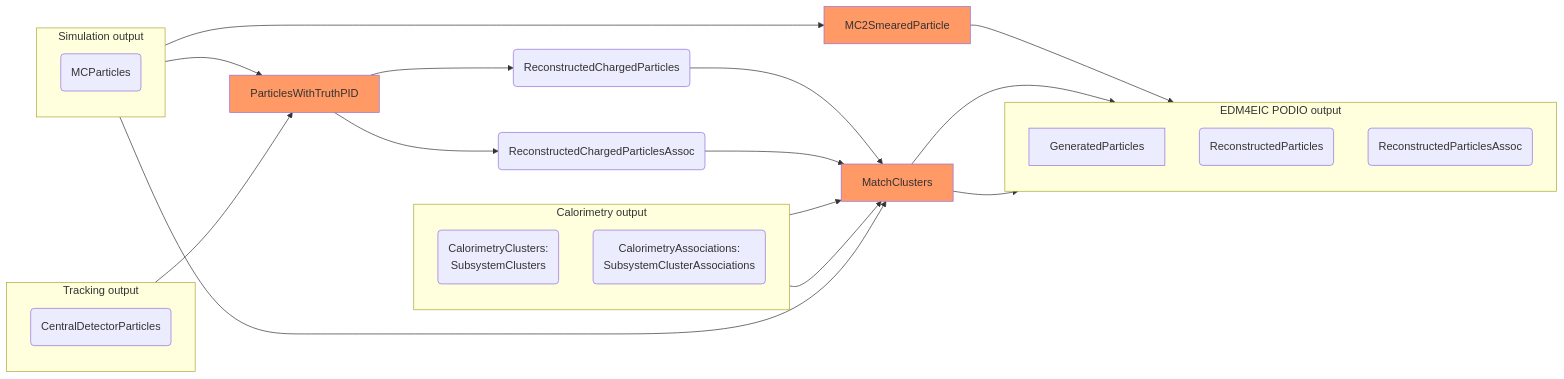
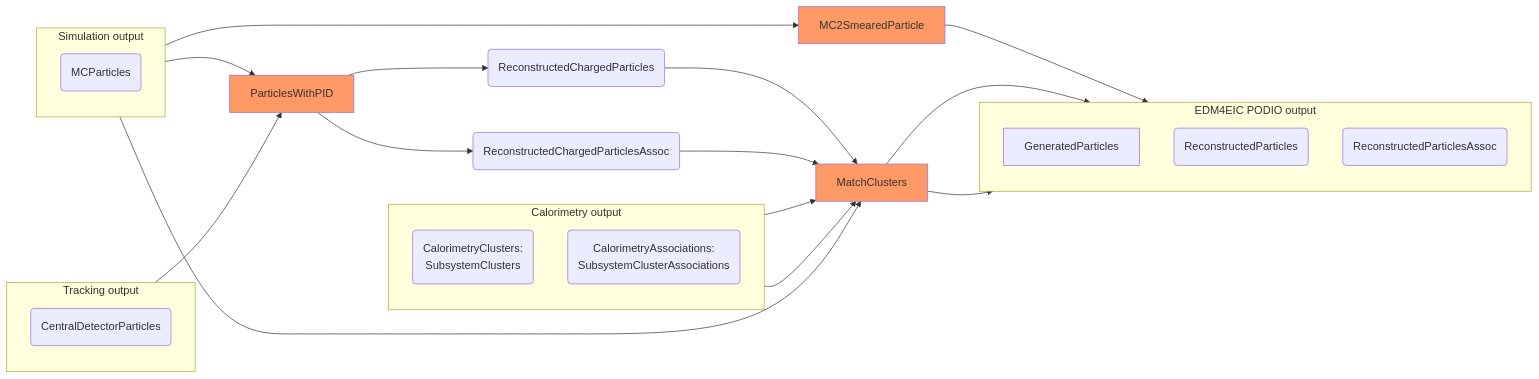
The diagram in docs/design/particle_matching.md (eic/EICrecon), drawn with Mermaid before and after one commit. The commit also changed 3 other files, not shown here.

````diff
--- a/docs/design/particle_matching.md
+++ b/docs/design/particle_matching.md
@@ -4,49 +4,49 @@
 ```mermaid
 flowchart LR
   classDef alg fill:#f96;
 
   subgraph Tracking output
     direction TB
     TrackingOutput(CentralDetectorParticles)
   end
 
   subgraph Simulation output
     direction TB
     MCParticles(MCParticles)
   end
 
   subgraph Calorimetry output
     direction TB
 
     CalorimetryClusters(CalorimetryClusters:<br/>SubsystemClusters)
     CalorimetryAssociations(CalorimetryAssociations:<br/>SubsystemClusterAssociations)
   end
 
   MCParticles --> MC2SmearedParticle[MC2SmearedParticle]:::alg
   MC2SmearedParticle --> GeneratedParticles
 
-  MCParticles --> ParticlesWithTruthPID[ParticlesWithTruthPID]:::alg
-  TrackingOutput --> ParticlesWithTruthPID
+  MCParticles --> ParticlesWithPID[ParticlesWithPID]:::alg
+  TrackingOutput --> ParticlesWithPID
 
-  ParticlesWithTruthPID --> ReconstructedChargedParticles(ReconstructedChargedParticles)
-  ParticlesWithTruthPID --> ReconstructedChargedParticlesAssoc(ReconstructedChargedParticlesAssoc)
+  ParticlesWithPID --> ReconstructedChargedParticles(ReconstructedChargedParticles)
+  ParticlesWithPID --> ReconstructedChargedParticlesAssoc(ReconstructedChargedParticlesAssoc)
 
   MCParticles --> MatchClusters[MatchClusters]:::alg
   ReconstructedChargedParticles --> MatchClusters
   ReconstructedChargedParticlesAssoc --> MatchClusters
 
   CalorimetryAssociations --> MatchClusters
   CalorimetryClusters --> MatchClusters
 
   MatchClusters --> ReconstructedParticles(ReconstructedParticles)
   MatchClusters --> ReconstructedParticlesAssoc(ReconstructedParticlesAssoc)
 
   subgraph EDM4EIC PODIO output
     direction TB
 
     ReconstructedParticles
     ReconstructedParticlesAssoc
     GeneratedParticles
   end
 
 ```
````
